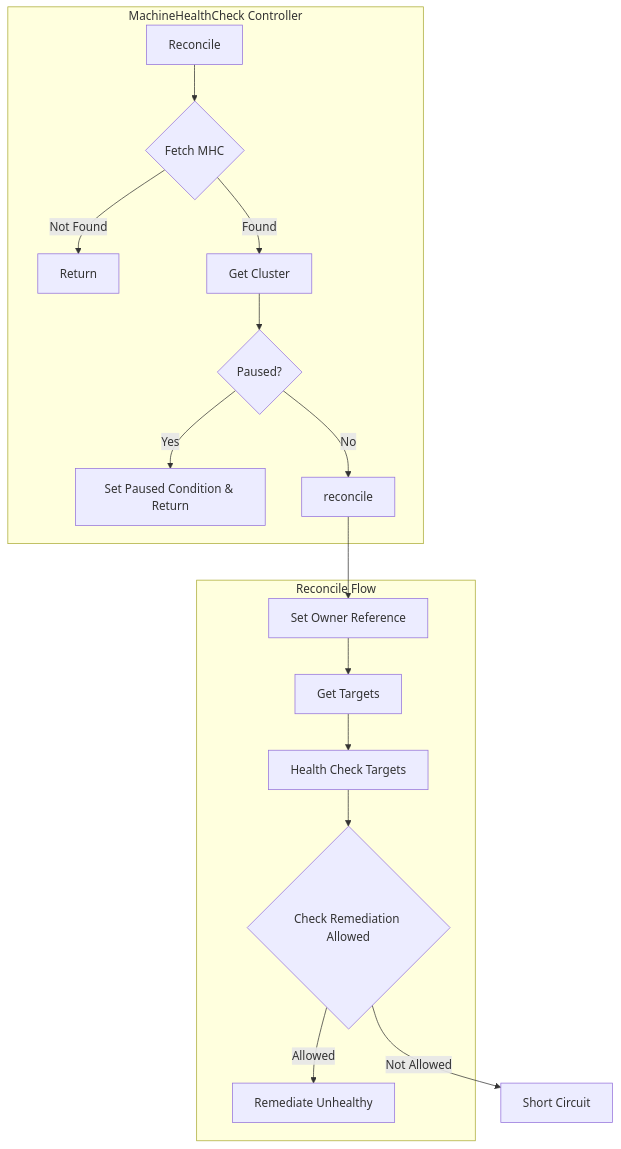
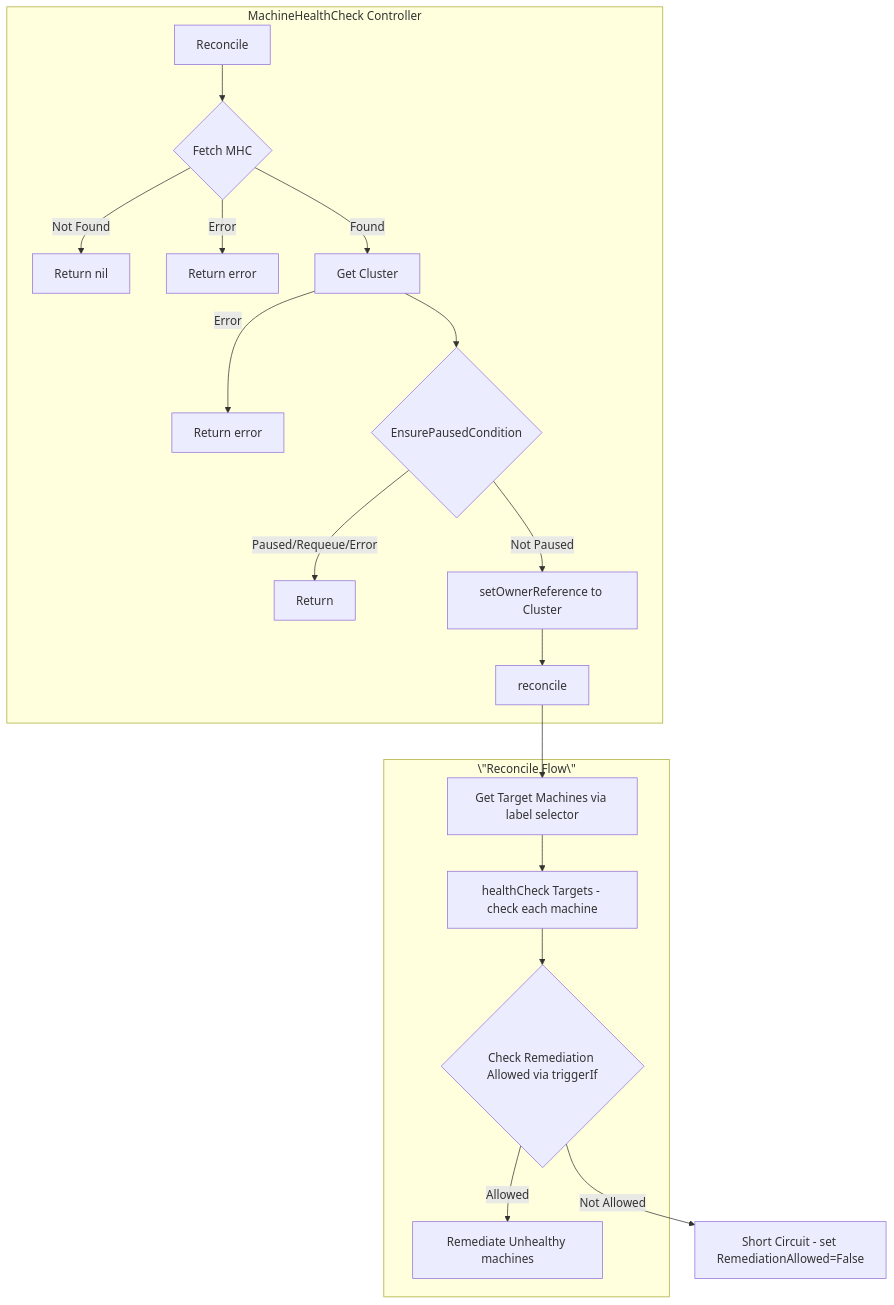
The first of 6 diagrams in ai-gen/internal/controllers/machinehealthcheck_controller.md (seanyen/cluster-api), drawn with Mermaid before and after one commit. The commit also changed other lines of this file and 8 other files, not shown here.

````diff
--- a/ai-gen/internal/controllers/machinehealthcheck_controller.md
+++ b/ai-gen/internal/controllers/machinehealthcheck_controller.md
@@ -7,23 +7,25 @@
 ```mermaid
 flowchart TB
     subgraph "MachineHealthCheck Controller"
         R[Reconcile] --> F{Fetch MHC}
-        F -->|Not Found| End[Return]
+        F -->|Not Found| End[Return nil]
+        F -->|Error| Err[Return error]
         F -->|Found| GC[Get Cluster]
-        GC --> P{Paused?}
-        P -->|Yes| PC[Set Paused Condition & Return]
-        P -->|No| RN[reconcile]
+        GC -->|Error| GCE[Return error]
+        GC --> P{EnsurePausedCondition}
+        P -->|Paused/Requeue/Error| PC[Return]
+        P -->|Not Paused| SO[setOwnerReference to Cluster]
+        SO --> RN[reconcile]
     end
     
-    subgraph "Reconcile Flow"
-        SO[Set Owner Reference]
-        GT[Get Targets]
-        HC[Health Check Targets]
-        CR{Check Remediation Allowed}
-        REM[Remediate Unhealthy]
+    subgraph \"Reconcile Flow\"
+        GT[Get Target Machines via label selector]
+        HC[healthCheck Targets - check each machine]
+        CR{Check Remediation Allowed via triggerIf}
+        REM[Remediate Unhealthy machines]
     end
     
-    RN --> SO --> GT --> HC --> CR
+    RN --> GT --> HC --> CR
     CR -->|Allowed| REM
-    CR -->|Not Allowed| SC[Short Circuit]
+    CR -->|Not Allowed| SC[Short Circuit - set RemediationAllowed=False]
 ```
````
